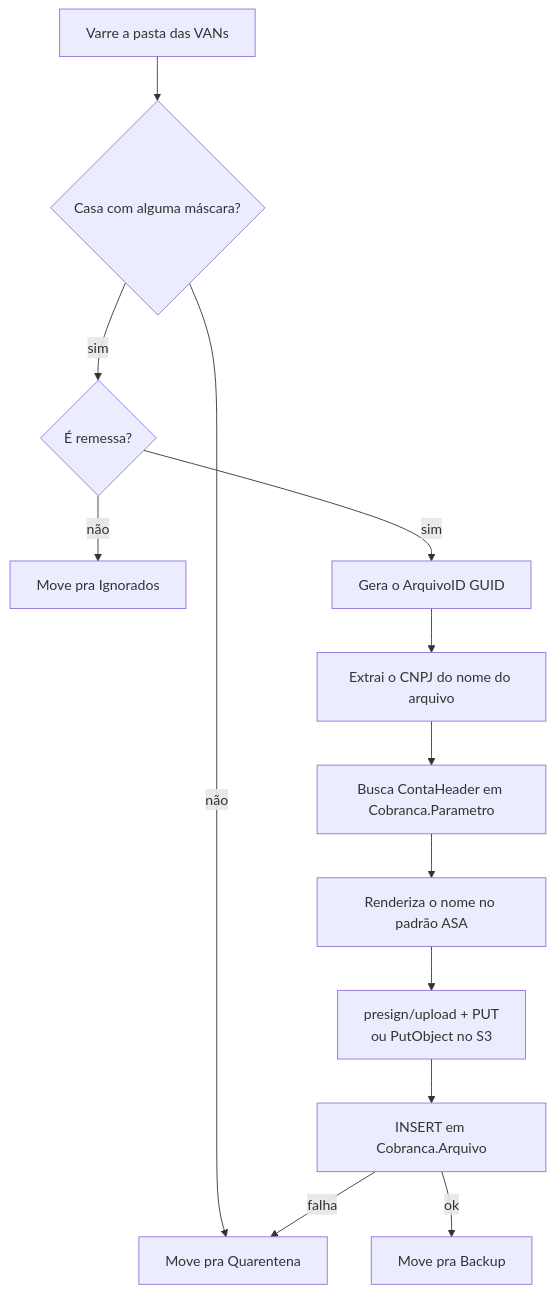
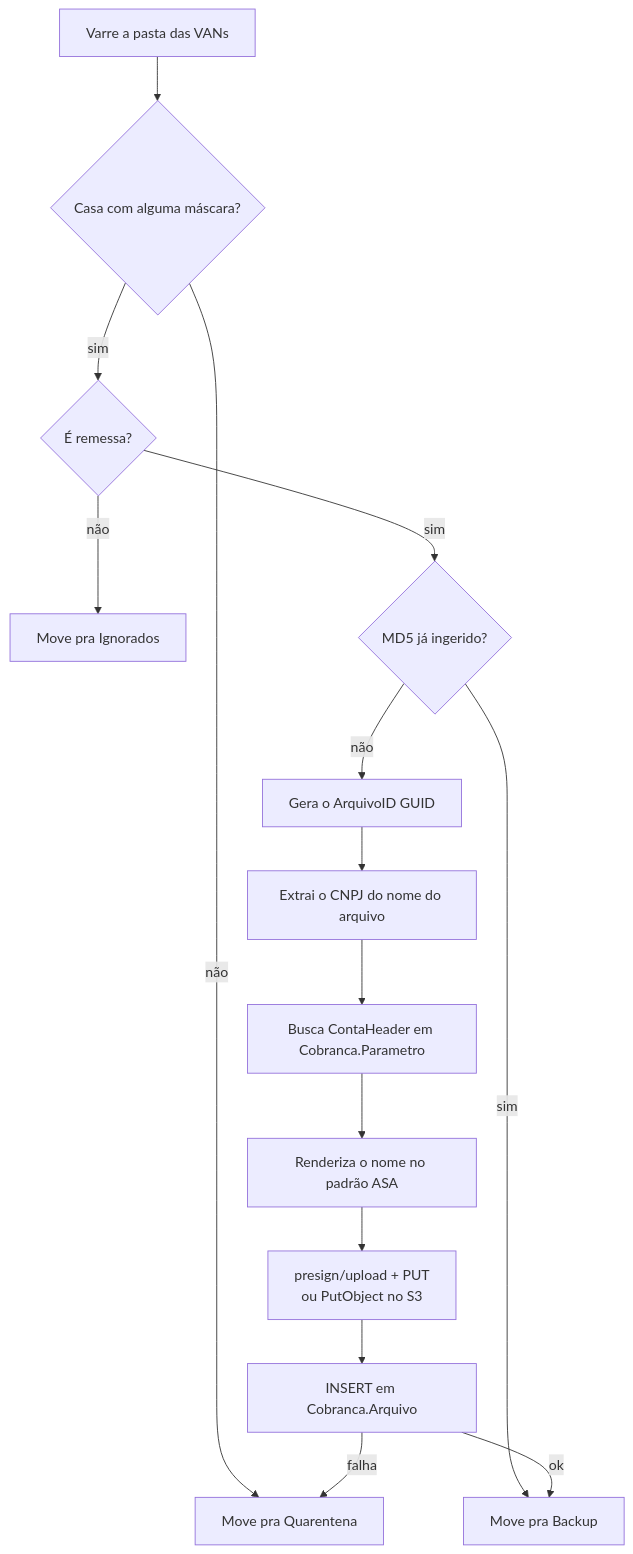
One commit to danielbfr3/arquivo-retorno-worker changed the first of 2 diagrams in docs/regras-de-negocio.md. Above: the diagram before and after it, drawn with Mermaid. The commit also changed other lines of this file and 36 other files, not shown here.

````diff
--- a/docs/regras-de-negocio.md
+++ b/docs/regras-de-negocio.md
@@ -23,15 +23,17 @@
 ```mermaid
 flowchart TD
     A[Varre a pasta das VANs] --> B{Casa com alguma máscara?}
     B -- não --> Q[Move pra Quarentena]
     B -- sim --> C{É remessa?}
     C -- não --> I[Move pra Ignorados]
-    C -- sim --> D[Gera o ArquivoID GUID]
+    C -- sim --> M{MD5 já ingerido?}
+    M -- sim --> K
+    M -- não --> D[Gera o ArquivoID GUID]
     D --> E[Extrai o CNPJ do nome do arquivo]
     E --> F[Busca ContaHeader em Cobranca.Parametro]
     F --> G[Renderiza o nome no padrão ASA]
     G --> H[presign/upload + PUT<br/>ou PutObject no S3]
     H --> J[INSERT em Cobranca.Arquivo]
     J -- ok --> K[Move pra Backup]
     J -- falha --> Q
 ```
````
